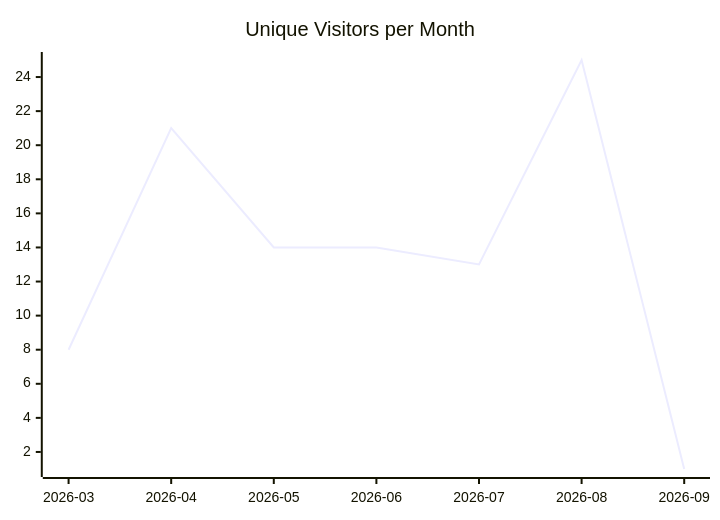
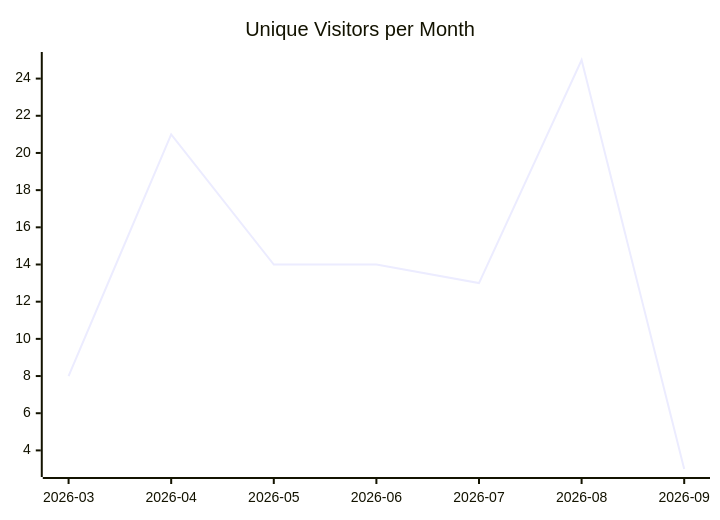
One commit to justdavis-family/github-analytics-data changed the first of 3 diagrams in karlmdavis/ksoap2-android/README.md. Above: the diagram before and after it, drawn with Mermaid. The commit also changed other lines of this file and 191 other files, not shown here.

````diff
--- a/karlmdavis/ksoap2-android/README.md
+++ b/karlmdavis/ksoap2-android/README.md
@@ -5,6 +5,6 @@
 ```mermaid
 xychart-beta
   title "Unique Visitors per Month"
   x-axis ["2026-03", "2026-04", "2026-05", "2026-06", "2026-07", "2026-08", "2026-09"]
-  line [8, 21, 14, 14, 13, 25, 1]
+  line [8, 21, 14, 14, 13, 25, 3]
 ```
````
